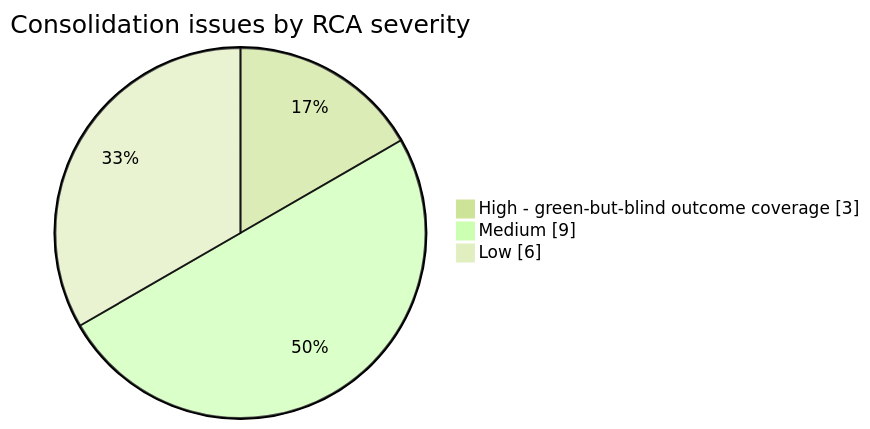
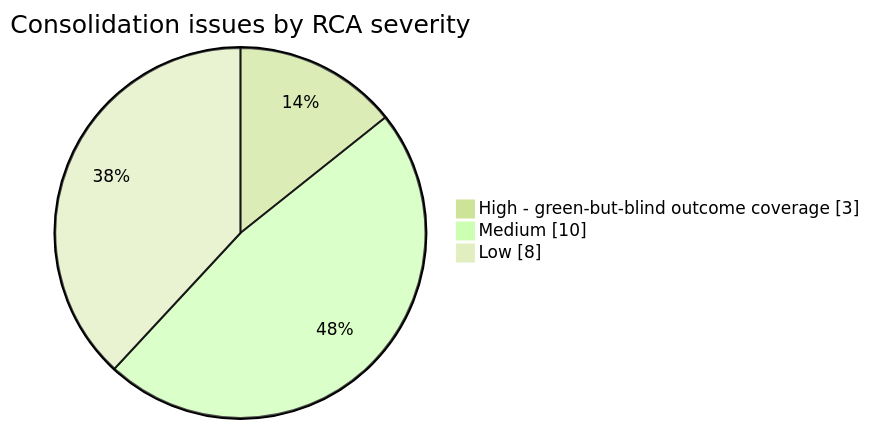
The second of 9 diagrams in docs/auth/EXECUTION_ISSUES_AND_RCA.md (pranems/SCIMServer), drawn with Mermaid (forest theme) before and after one commit. The commit also changed other lines of this file and 8 other files, not shown here.

````diff
--- a/docs/auth/EXECUTION_ISSUES_AND_RCA.md
+++ b/docs/auth/EXECUTION_ISSUES_AND_RCA.md
@@ -139,7 +164,7 @@
 ```mermaid
 pie showData
   title Consolidation issues by RCA severity
   "High - green-but-blind outcome coverage" : 3
-  "Medium" : 9
-  "Low" : 6
+  "Medium" : 10
+  "Low" : 8
 ```
````
